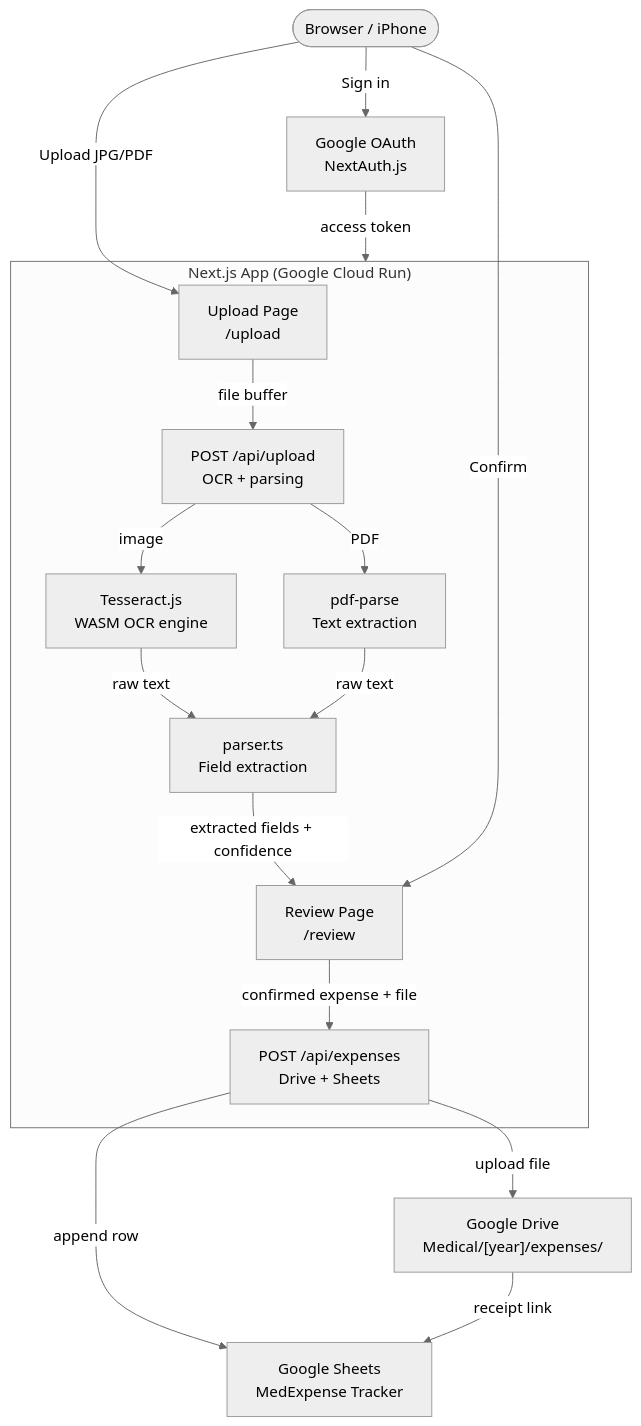
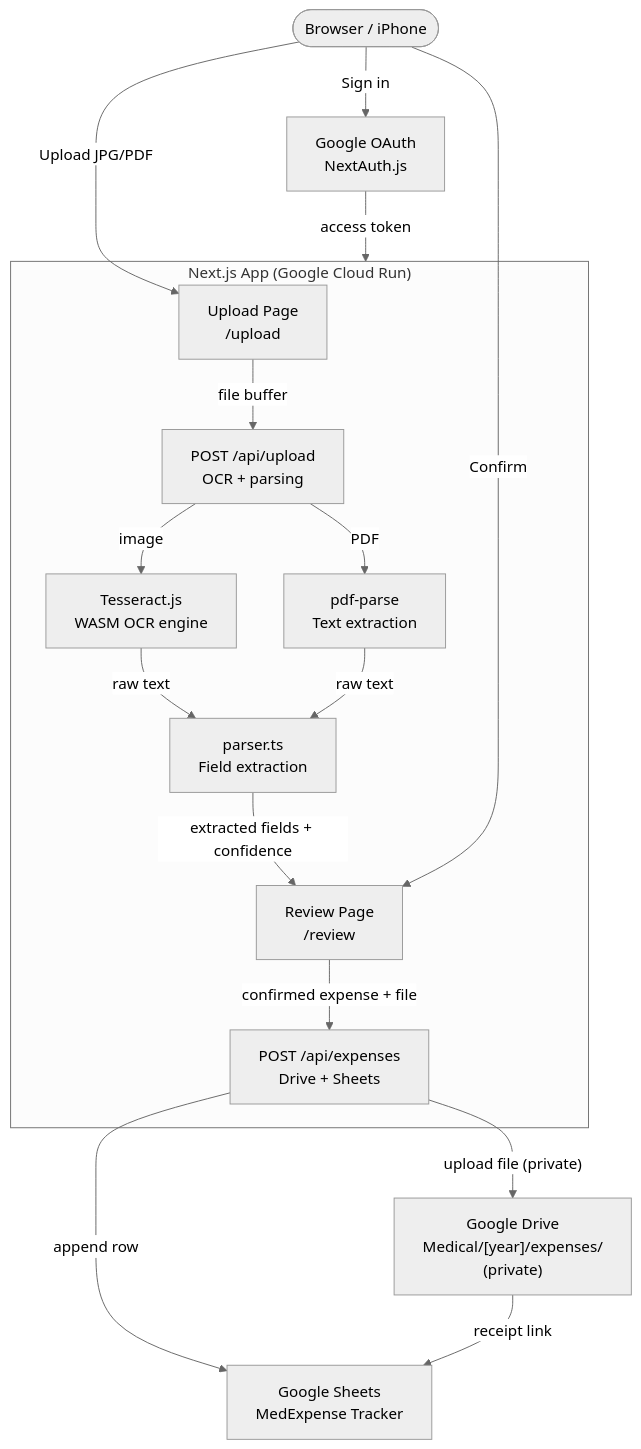
One commit to aidancasey/AI-medical-expense-tracker changed the diagram in README.md. Above: the diagram before and after it, drawn with Mermaid (neutral theme). The commit also changed other lines of this file and 3 other files, not shown here.

````diff
--- a/README.md
+++ b/README.md
@@ -24,35 +25,35 @@
 ```mermaid
 flowchart TD
     User(["Browser / iPhone"])
 
     subgraph App["Next.js App (Google Cloud Run)"]
         Upload["Upload Page\n/upload"]
         Review["Review Page\n/review"]
         APIUpload["POST /api/upload\nOCR + parsing"]
         APIExpenses["POST /api/expenses\nDrive + Sheets"]
         Tesseract["Tesseract.js\nWASM OCR engine"]
         PDFParse["pdf-parse\nText extraction"]
         Parser["parser.ts\nField extraction"]
     end
 
     OAuth["Google OAuth\nNextAuth.js"]
-    Drive["Google Drive\nMedical/[year]/expenses/"]
+    Drive["Google Drive\nMedical/[year]/expenses/\n(private)"]
     Sheets["Google Sheets\nMedExpense Tracker"]
 
     User -->|"Sign in"| OAuth
     OAuth -->|"access token"| App
 
     User -->|"Upload JPG/PDF"| Upload
     Upload -->|"file buffer"| APIUpload
     APIUpload -->|"image"| Tesseract
     APIUpload -->|"PDF"| PDFParse
     Tesseract -->|"raw text"| Parser
     PDFParse -->|"raw text"| Parser
     Parser -->|"extracted fields + confidence"| Review
 
     User -->|"Confirm"| Review
     Review -->|"confirmed expense + file"| APIExpenses
-    APIExpenses -->|"upload file"| Drive
+    APIExpenses -->|"upload file (private)"| Drive
     APIExpenses -->|"append row"| Sheets
     Drive -->|"receipt link"| Sheets
 ```
````
